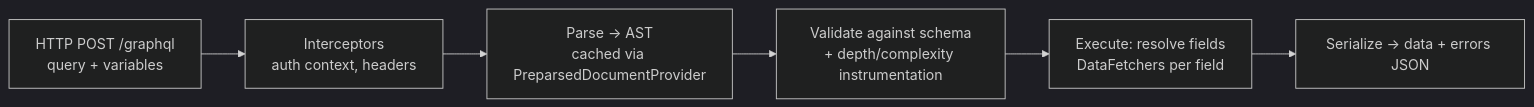
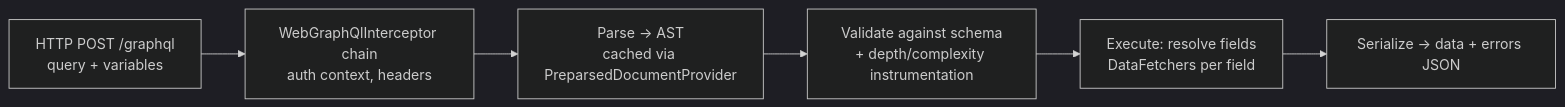
One commit to vishalhulawale/knowledge-base changed the first of 2 diagrams in docs/graphql/03-resolvers-and-execution-model-spring-for-graphql-dgs.md. Above: the diagram before and after it, drawn with Mermaid (dark theme). The commit also changed other lines of this file and 4 other files, not shown here.

First line of the commit message:
docs(kafka,graphql): independent fact-check of kafka 11-12 and graphql 01-03

````diff
--- a/docs/graphql/03-resolvers-and-execution-model-spring-for-graphql-dgs.md
+++ b/docs/graphql/03-resolvers-and-execution-model-spring-for-graphql-dgs.md
@@ -24,8 +24,8 @@
 ```mermaid
 flowchart LR
-    A[HTTP POST /graphql<br/>query + variables] --> B[Interceptors<br/>auth context, headers]
-    B --> C[Parse → AST<br/>cached via PreparsedDocumentProvider]
-    C --> D[Validate against schema<br/>+ depth/complexity instrumentation]
-    D --> E[Execute: resolve fields<br/>DataFetchers per field]
-    E --> F[Serialize → data + errors JSON]
+    A["HTTP POST /graphql<br/>query + variables"] --> B["WebGraphQlInterceptor chain<br/>auth context, headers"]
+    B --> C["Parse → AST<br/>cached via PreparsedDocumentProvider"]
+    C --> D["Validate against schema<br/>+ depth/complexity instrumentation"]
+    D --> E["Execute: resolve fields<br/>DataFetchers per field"]
+    E --> F["Serialize → data + errors JSON"]
 ```
````
